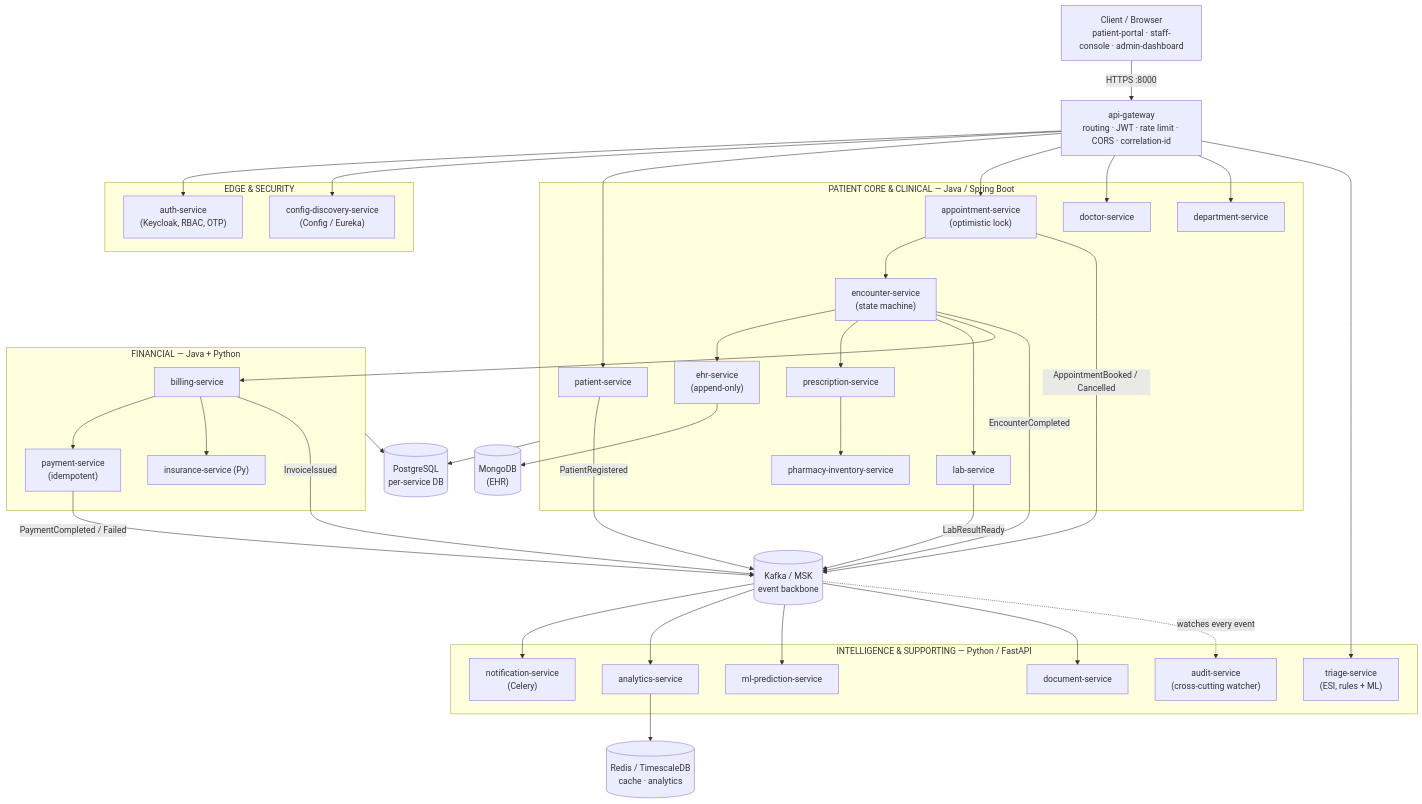
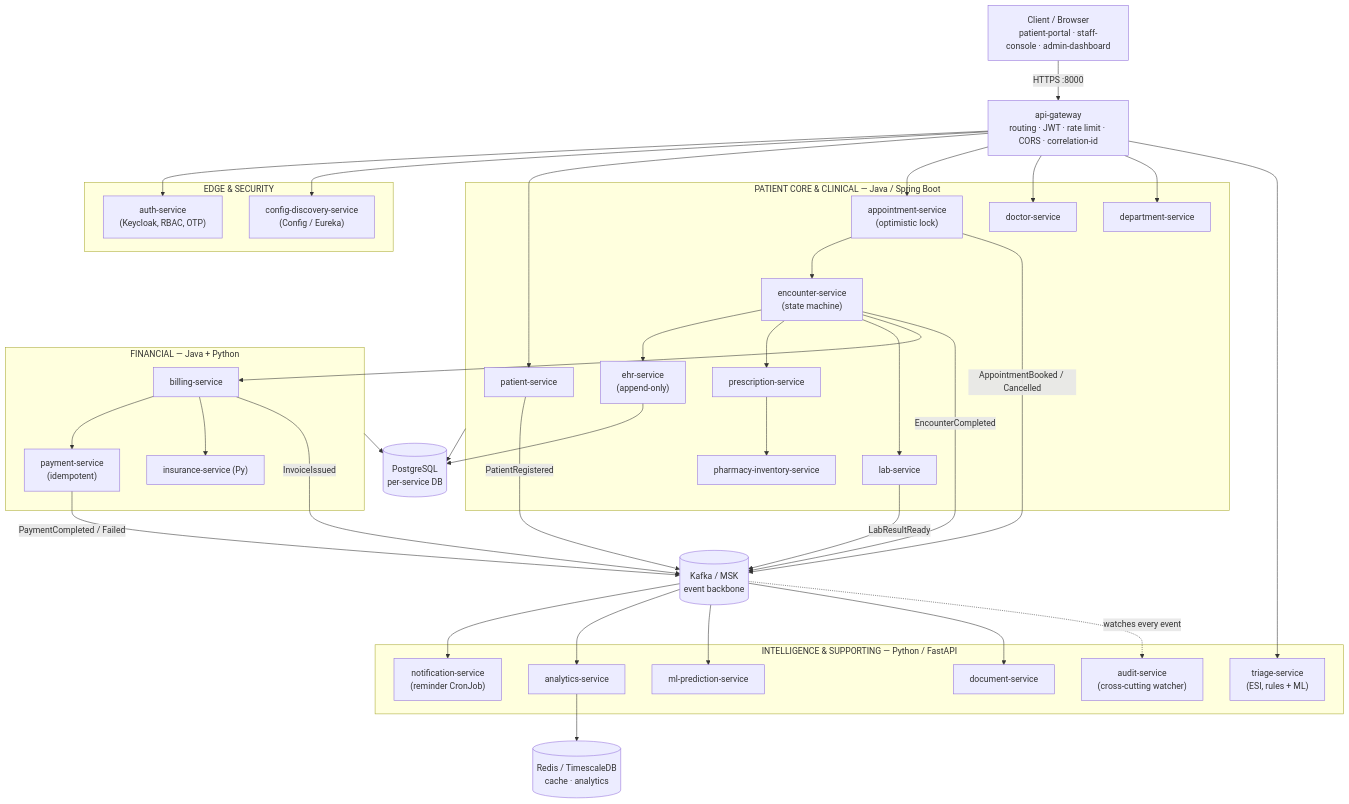
Before and after one commit to MohammadaminAlbooyeh/hospital-microservices: the diagram in README.md, drawn with Mermaid. The commit also changed other lines of this file and 4 other files, not shown here.

First line of the commit message:
docs: reconcile ehr-service and notification-service docs with reality

````diff
--- a/README.md
+++ b/README.md
@@ -14,75 +14,74 @@
 ```mermaid
 flowchart TB
     Client["Client / Browser<br/>patient-portal · staff-console · admin-dashboard"]
     GW["api-gateway<br/>routing · JWT · rate limit · CORS · correlation-id"]
 
     Client -- "HTTPS :8000" --> GW
 
     subgraph Edge["EDGE & SECURITY"]
         Auth["auth-service<br/>(Keycloak, RBAC, OTP)"]
         Config["config-discovery-service<br/>(Config / Eureka)"]
     end
     GW --> Auth
     GW --> Config
 
     subgraph JavaCore["PATIENT CORE & CLINICAL — Java / Spring Boot"]
         Patient["patient-service"]
         Appt["appointment-service<br/>(optimistic lock)"]
         Doctor["doctor-service"]
         Dept["department-service"]
         Encounter["encounter-service<br/>(state machine)"]
         Ehr["ehr-service<br/>(append-only)"]
         Rx["prescription-service"]
         Lab["lab-service"]
         Pharmacy["pharmacy-inventory-service"]
     end
     GW --> Patient
     GW --> Appt
     GW --> Doctor
     GW --> Dept
     Appt --> Encounter
     Encounter --> Ehr
     Encounter --> Rx
     Encounter --> Lab
     Rx --> Pharmacy
 
     subgraph FinCore["FINANCIAL — Java + Python"]
         Billing["billing-service"]
         Payment["payment-service<br/>(idempotent)"]
         Insurance["insurance-service (Py)"]
     end
     Encounter --> Billing
     Billing --> Payment
     Billing --> Insurance
 
     subgraph PyCore["INTELLIGENCE & SUPPORTING — Python / FastAPI"]
         Triage["triage-service<br/>(ESI, rules + ML)"]
-        Notify["notification-service<br/>(Celery)"]
+        Notify["notification-service<br/>(reminder CronJob)"]
         Analytics["analytics-service"]
         ML["ml-prediction-service"]
         Document["document-service"]
         Audit["audit-service<br/>(cross-cutting watcher)"]
     end
     GW --> Triage
 
     Kafka[("Kafka / MSK<br/>event backbone")]
     Patient -- "PatientRegistered" --> Kafka
     Appt -- "AppointmentBooked / Cancelled" --> Kafka
     Encounter -- "EncounterCompleted" --> Kafka
     Lab -- "LabResultReady" --> Kafka
     Billing -- "InvoiceIssued" --> Kafka
     Payment -- "PaymentCompleted / Failed" --> Kafka
     Kafka --> Notify
     Kafka --> Analytics
     Kafka --> ML
     Kafka --> Document
     Kafka -.->|"watches every event"| Audit
 
     PG[("PostgreSQL<br/>per-service DB")]
-    Mongo[("MongoDB<br/>(EHR)")]
     Redis[("Redis / TimescaleDB<br/>cache · analytics")]
     JavaCore --> PG
     FinCore --> PG
-    Ehr --> Mongo
+    Ehr --> PG
     Analytics --> Redis
 ```
````
